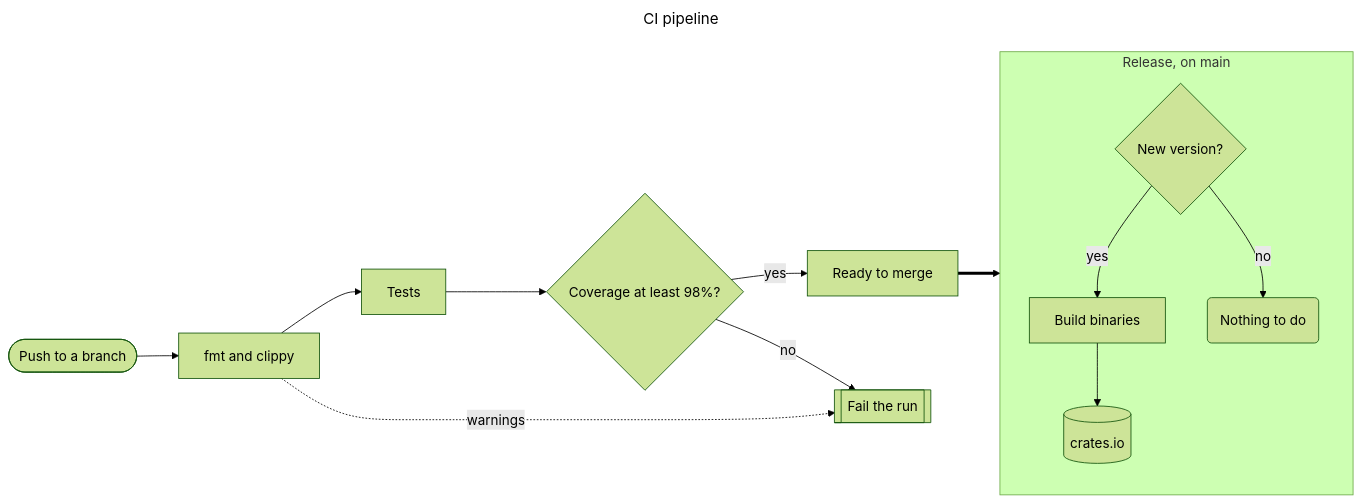
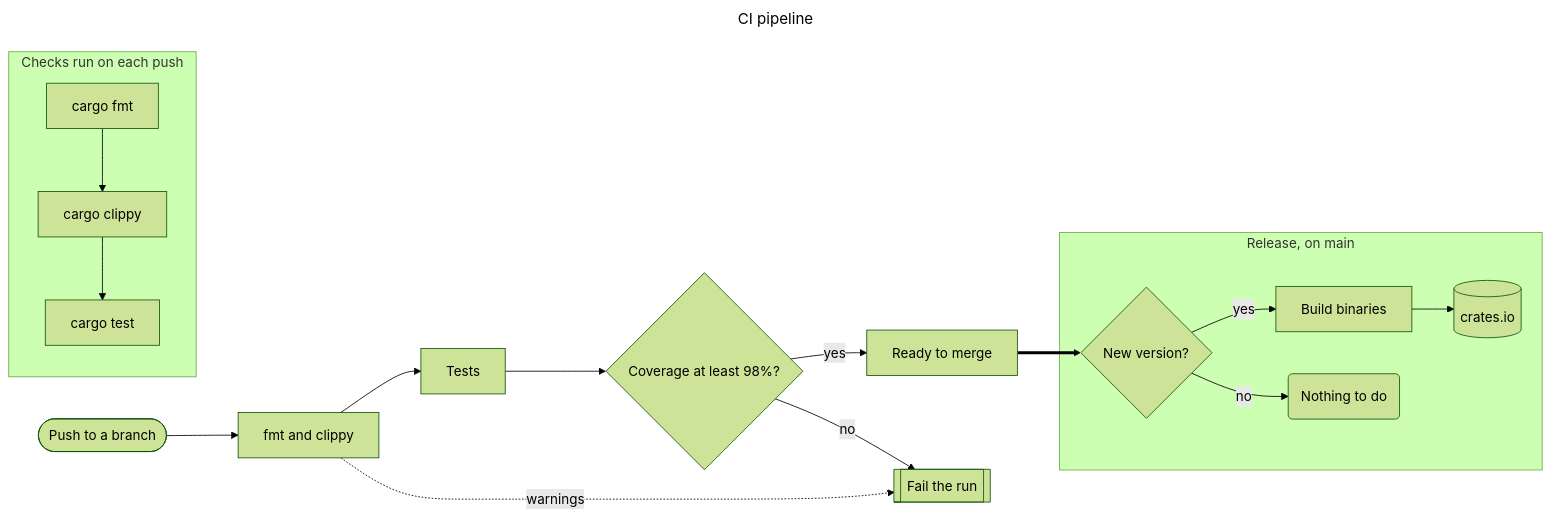
Before and after one commit to jaemk/sirene: the diagram in examples/ci-pipeline.mmd, drawn with Mermaid (forest theme). The commit also changed 9 other files, not shown here.

```diff
--- a/examples/ci-pipeline.mmd
+++ b/examples/ci-pipeline.mmd
@@ -1,19 +1,24 @@
 ---
 title: CI pipeline
 ---
 flowchart LR
     push([Push to a branch]) --> lint[fmt and clippy]
     lint --> test[Tests]
     test --> cov{Coverage at least 98%?}
     cov -->|yes| pr[Ready to merge]
     cov -->|no| fail[[Fail the run]]
     lint -. warnings .-> fail
 
     subgraph release [Release, on main]
-        direction TB
         decide{New version?} -->|yes| build[Build binaries]
         build --> publish[(crates.io)]
         decide -->|no| skip(Nothing to do)
     end
 
     pr ==> decide
+
+    %% A subgraph's direction applies when no edge crosses its border.
+    subgraph checks [Checks run on each push]
+        direction TB
+        fmt[cargo fmt] --> clippy[cargo clippy] --> tests[cargo test]
+    end
```
